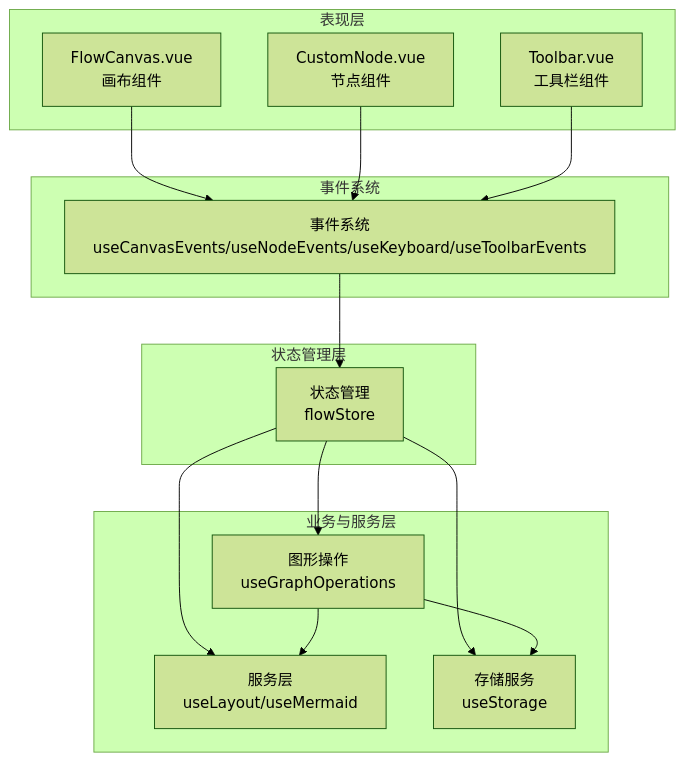
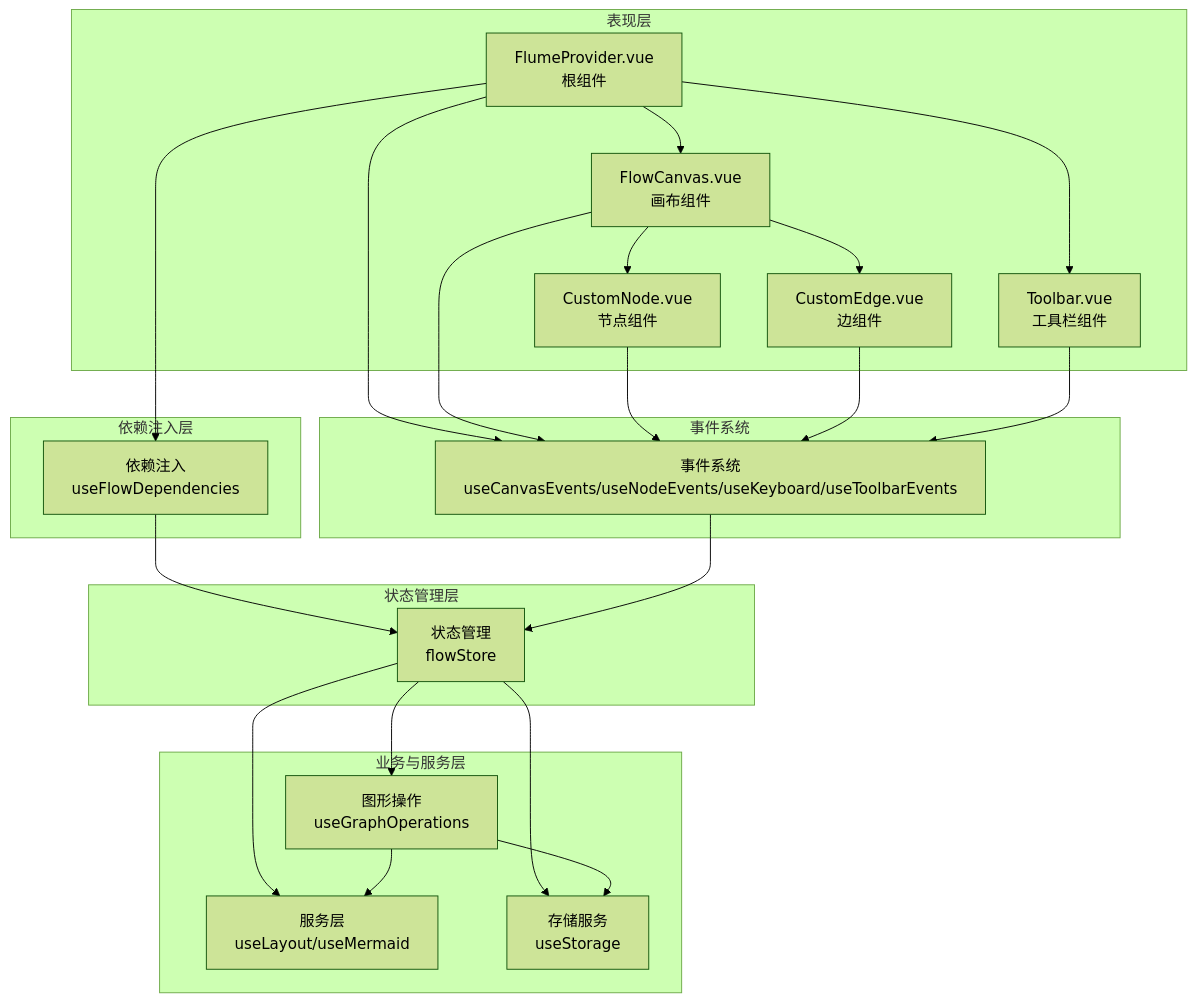
One commit to MarcusJiang1306/flume changed the diagram in README.md. Above: the diagram before and after it, drawn with Mermaid (forest theme). The commit also changed other lines of this file and 5 other files, not shown here.

````diff
--- a/README.md
+++ b/README.md
@@ -33,44 +33,64 @@
 ```mermaid
 flowchart TB
     subgraph 表现层
+        FlumeProvider["FlumeProvider.vue
+根组件"]
         FlowCanvas["FlowCanvas.vue
 画布组件"]
         CustomNode["CustomNode.vue
 节点组件"]
+        CustomEdge["CustomEdge.vue
+边组件"]
         Toolbar["Toolbar.vue
 工具栏组件"]
     end
     
     subgraph 事件系统
         Events["事件系统
 useCanvasEvents/useNodeEvents/useKeyboard/useToolbarEvents"]
     end
     
+    subgraph 依赖注入层
+        Dependencies["依赖注入
+useFlowDependencies"]
+    end
+    
     subgraph 状态管理层
-        State["状态管理
+        Store["状态管理
 flowStore"]
     end
     
     subgraph 业务与服务层
         GraphOps["图形操作
 useGraphOperations"]
         Services["服务层
 useLayout/useMermaid"]
         Storage["存储服务
 useStorage"]
     end
     
     %% 正确的依赖关系
+    FlumeProvider --> Events
     FlowCanvas --> Events
     CustomNode --> Events
+    CustomEdge --> Events
     Toolbar --> Events
     
-    Events --> State
+    FlumeProvider --> Dependencies
+    FlumeProvider --> FlowCanvas
+    FlumeProvider --> Toolbar
     
-    State --> GraphOps
-    State --> Services
-    State --> Storage
+    FlowCanvas --> CustomNode
+    FlowCanvas --> CustomEdge
+    
+    Dependencies --> Store
+    
+    Events --> Store
+    
+    Store --> GraphOps
+    Store --> Services
+    Store --> Storage
     
     GraphOps --> Services
     GraphOps --> Storage
 ```
````
